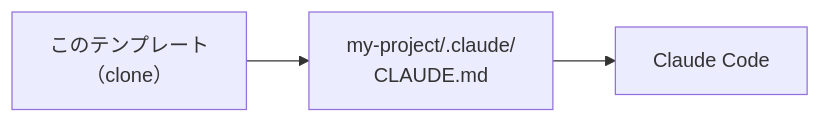
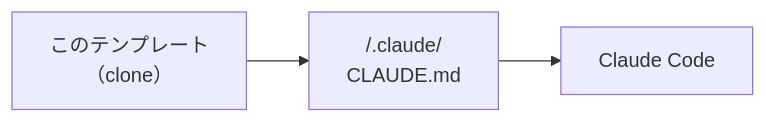
The third of 7 diagrams in README.md (zabaot/claude-project-template), drawn with Mermaid before and after one commit. The commit also changed other lines of this file, not shown here.

Commit message:
Unify path placeholder: <project>/ vs my-project example name

````diff
--- a/README.md
+++ b/README.md
@@ -85,5 +85,5 @@
 ```mermaid
 graph LR
-    T["このテンプレート\n（clone）"] --> P["my-project/.claude/\nCLAUDE.md"]
+    T["このテンプレート\n（clone）"] --> P["<project>/.claude/\nCLAUDE.md"]
     P --> CC["Claude Code"]
 ```
````
